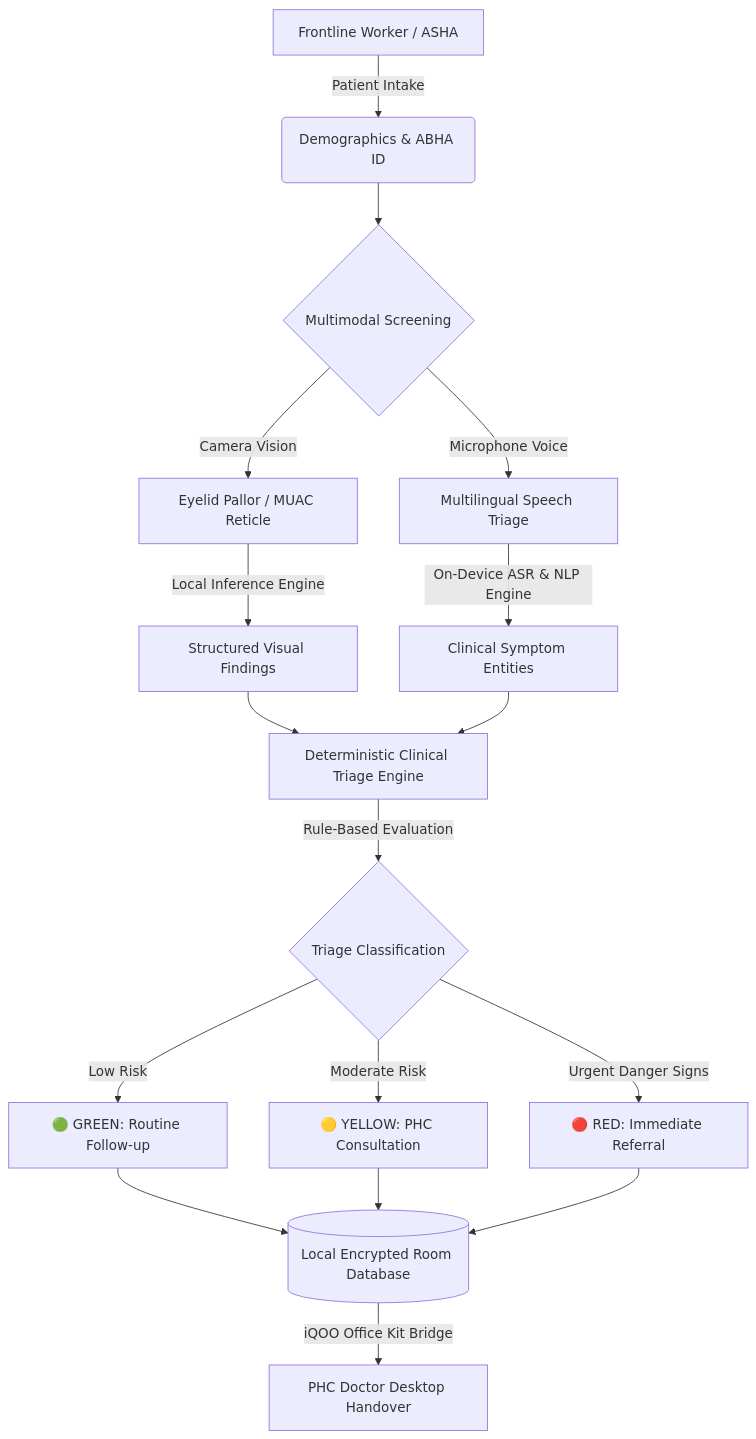
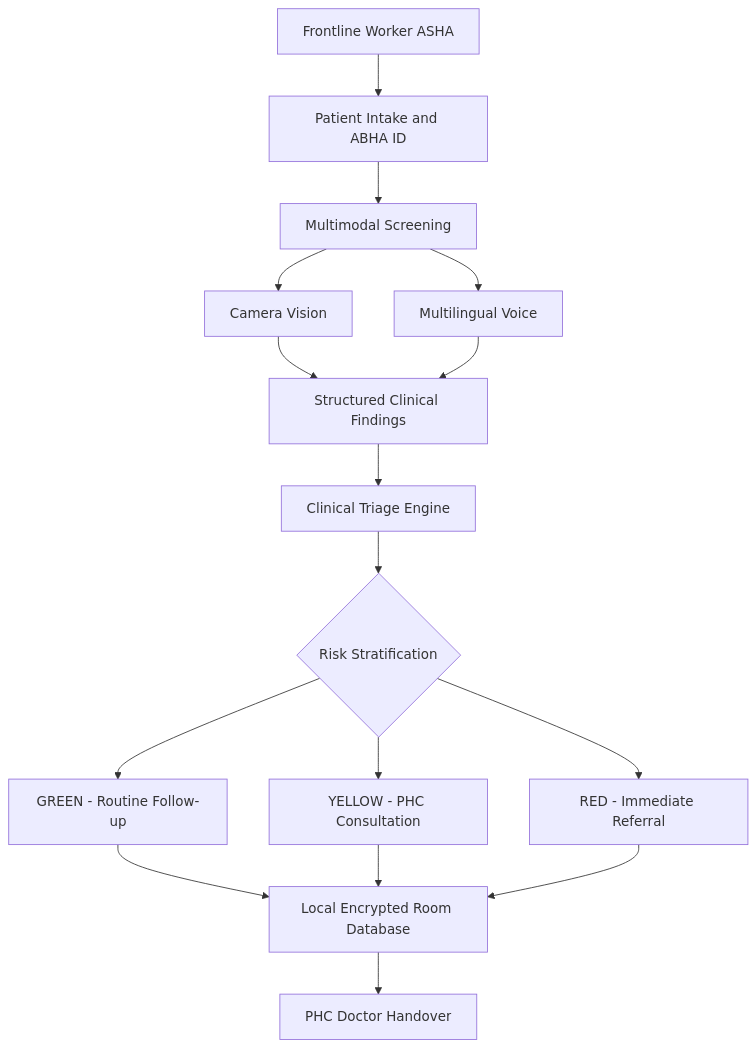
Before and after one commit to SarthakNC/Nidan-AI---IQOO-INDIA-HACKATHON-IDEA-SUBMISSION: the first of 4 diagrams in README.md, drawn with Mermaid. The commit also changed other lines of this file, not shown here.

````diff
--- a/README.md
+++ b/README.md
@@ -51,25 +61,32 @@
 ```mermaid
-flowchart TD
-    A[Frontline Worker / ASHA] -->|Patient Intake| B(Demographics & ABHA ID)
-    B --> C{Multimodal Screening}
-    
-    C -->|Camera Vision| D[Eyelid Pallor / MUAC Reticle]
-    C -->|Microphone Voice| E[Multilingual Speech Triage]
-    
-    D -->|Local Inference Engine| F[Structured Visual Findings]
-    E -->|On-Device ASR & NLP Engine| G[Clinical Symptom Entities]
-    
-    F --> H[Deterministic Clinical Triage Engine]
-    G --> H
-    
-    H -->|Rule-Based Evaluation| I{Triage Classification}
-    I -->|Low Risk| J[🟢 GREEN: Routine Follow-up]
-    I -->|Moderate Risk| K[🟡 YELLOW: PHC Consultation]
-    I -->|Urgent Danger Signs| L[🔴 RED: Immediate Referral]
-    
-    J --> M[(Local Encrypted Room Database)]
-    K --> M
-    L --> M
-    
-    M -->|iQOO Office Kit Bridge| N[PHC Doctor Desktop Handover]
+graph TD
+    USER["Frontline Worker ASHA"]
+    INTAKE["Patient Intake and ABHA ID"]
+    SCREEN["Multimodal Screening"]
+    VISION["Camera Vision"]
+    VOICE["Multilingual Voice"]
+    FINDINGS["Structured Clinical Findings"]
+    TRIAGE["Clinical Triage Engine"]
+    RISK{"Risk Stratification"}
+    GREEN["GREEN - Routine Follow-up"]
+    YELLOW["YELLOW - PHC Consultation"]
+    RED["RED - Immediate Referral"]
+    DB["Local Encrypted Room Database"]
+    HANDOVER["PHC Doctor Handover"]
+
+    USER --> INTAKE
+    INTAKE --> SCREEN
+    SCREEN --> VISION
+    SCREEN --> VOICE
+    VISION --> FINDINGS
+    VOICE --> FINDINGS
+    FINDINGS --> TRIAGE
+    TRIAGE --> RISK
+    RISK --> GREEN
+    RISK --> YELLOW
+    RISK --> RED
+    GREEN --> DB
+    YELLOW --> DB
+    RED --> DB
+    DB --> HANDOVER
 ```
````
